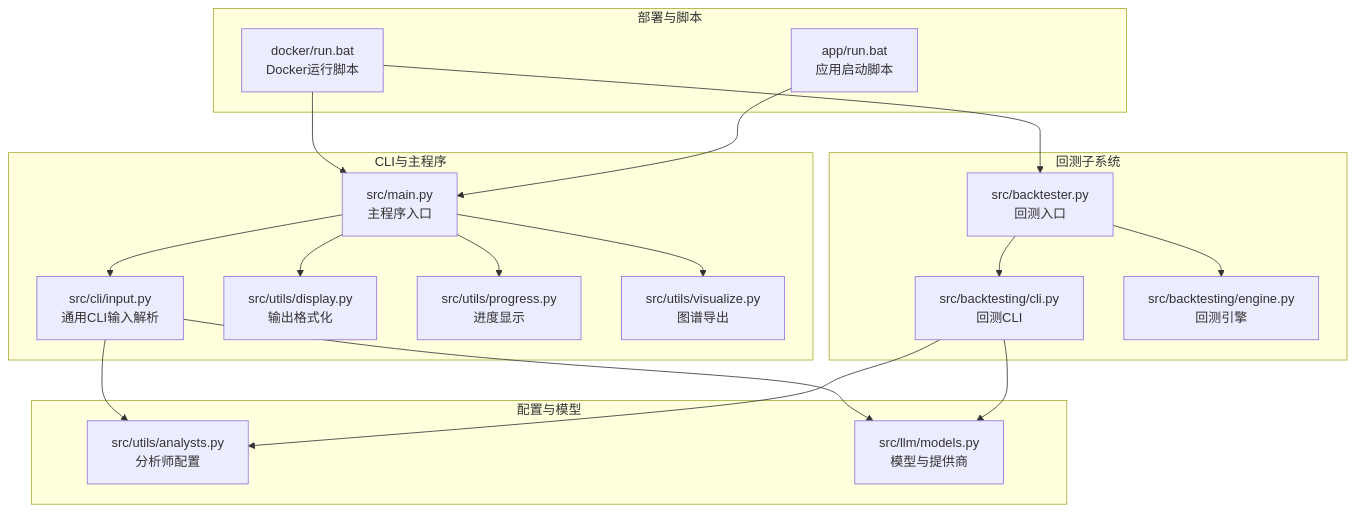
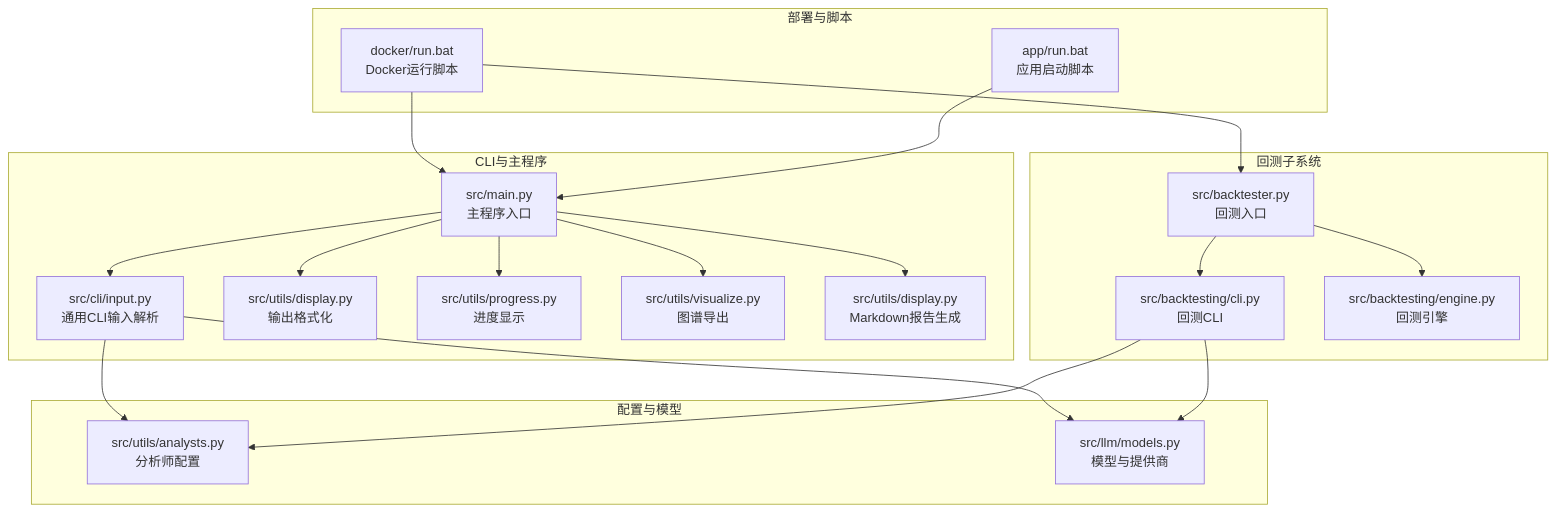
One commit to lichen14-hash/ai-hedge-fund changed the first of 6 diagrams in .qoder/repowiki/zh/content/命令行界面.md. Above: the diagram before and after it, drawn with Mermaid. The commit also changed other lines of this file and 24 other files, not shown here.

````diff
--- a/.qoder/repowiki/zh/content/命令行界面.md
+++ b/.qoder/repowiki/zh/content/命令行界面.md
@@ -51,36 +53,38 @@
 ```mermaid
 graph TB
 subgraph "CLI与主程序"
 MAIN["src/main.py<br/>主程序入口"]
 INPUT["src/cli/input.py<br/>通用CLI输入解析"]
 DISPLAY["src/utils/display.py<br/>输出格式化"]
 PROGRESS["src/utils/progress.py<br/>进度显示"]
 VISUAL["src/utils/visualize.py<br/>图谱导出"]
+REPORT["src/utils/display.py<br/>Markdown报告生成"]
 end
 subgraph "回测子系统"
 BT_CLI["src/backtesting/cli.py<br/>回测CLI"]
 BT_MAIN["src/backtester.py<br/>回测入口"]
 BT_ENGINE["src/backtesting/engine.py<br/>回测引擎"]
 end
 subgraph "配置与模型"
 ANALYSTS["src/utils/analysts.py<br/>分析师配置"]
 MODELS["src/llm/models.py<br/>模型与提供商"]
 end
 subgraph "部署与脚本"
 DOCKER_RUN["docker/run.bat<br/>Docker运行脚本"]
 APP_RUN["app/run.bat<br/>应用启动脚本"]
 end
 MAIN --> INPUT
 MAIN --> DISPLAY
 MAIN --> PROGRESS
 MAIN --> VISUAL
+MAIN --> REPORT
 BT_MAIN --> BT_CLI
 BT_MAIN --> BT_ENGINE
 INPUT --> ANALYSTS
 INPUT --> MODELS
 BT_CLI --> MODELS
 BT_CLI --> ANALYSTS
 DOCKER_RUN --> MAIN
 DOCKER_RUN --> BT_MAIN
 APP_RUN --> MAIN
 ```
````
